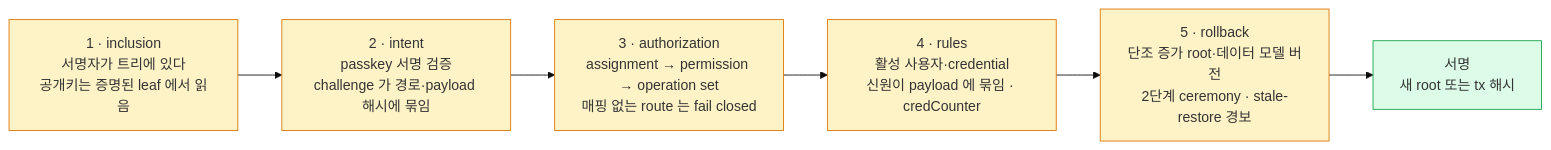
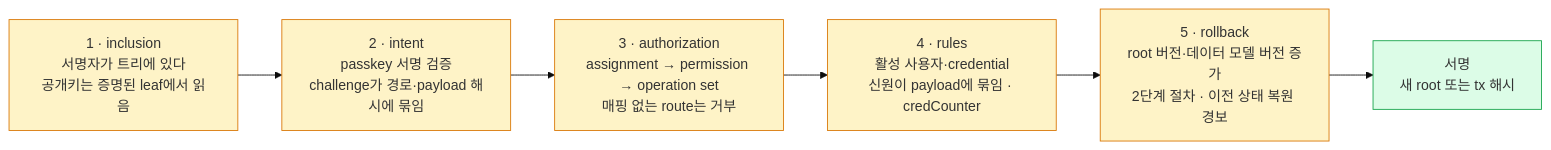
Before and after one commit to eunsujeo/eunpus: the third of 3 diagrams in blockchain-manager/docs/플랫폼 아키텍처/Dfns/01-governance-engine.md, drawn with Mermaid (base theme). The commit also changed other lines of this file and 5 other files, not shown here.

Commit message:
docs: clarify Dfns deployment and governance architecture

````diff
--- a/blockchain-manager/docs/플랫폼 아키텍처/Dfns/01-governance-engine.md
+++ b/blockchain-manager/docs/플랫폼 아키텍처/Dfns/01-governance-engine.md
@@ -161,12 +198,12 @@
 ```mermaid
 flowchart LR
-  C1["1 · inclusion<br/>서명자가 트리에 있다<br/>공개키는 증명된 leaf 에서 읽음"] --> C2["2 · intent<br/>passkey 서명 검증<br/>challenge 가 경로·payload 해시에 묶임"]
-  C2 --> C3["3 · authorization<br/>assignment → permission → operation set<br/>매핑 없는 route 는 fail closed"]
-  C3 --> C4["4 · rules<br/>활성 사용자·credential<br/>신원이 payload 에 묶임 · credCounter"]
-  C4 --> C5["5 · rollback<br/>단조 증가 root·데이터 모델 버전<br/>2단계 ceremony · stale-restore 경보"]
+  C1["1 · inclusion<br/>서명자가 트리에 있다<br/>공개키는 증명된 leaf에서 읽음"] --> C2["2 · intent<br/>passkey 서명 검증<br/>challenge가 경로·payload 해시에 묶임"]
+  C2 --> C3["3 · authorization<br/>assignment → permission → operation set<br/>매핑 없는 route는 거부"]
+  C3 --> C4["4 · rules<br/>활성 사용자·credential<br/>신원이 payload에 묶임 · credCounter"]
+  C4 --> C5["5 · rollback<br/>root 버전·데이터 모델 버전 증가<br/>2단계 절차 · 이전 상태 복원 경보"]
   C5 --> OUT["서명<br/>새 root 또는 tx 해시"]
   classDef wait fill:#fef3c7,stroke:#d97706
   classDef good fill:#dcfce7,stroke:#16a34a
   class C1,C2,C3,C4,C5 wait
   class OUT good
 ```
````
